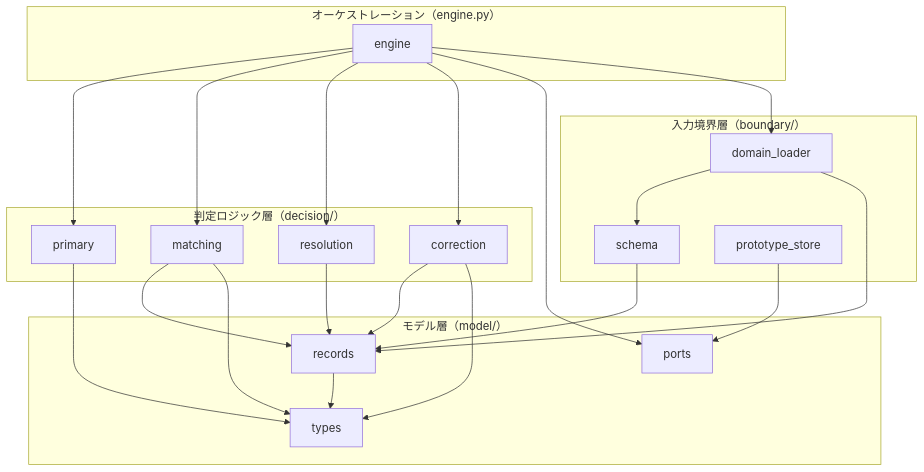
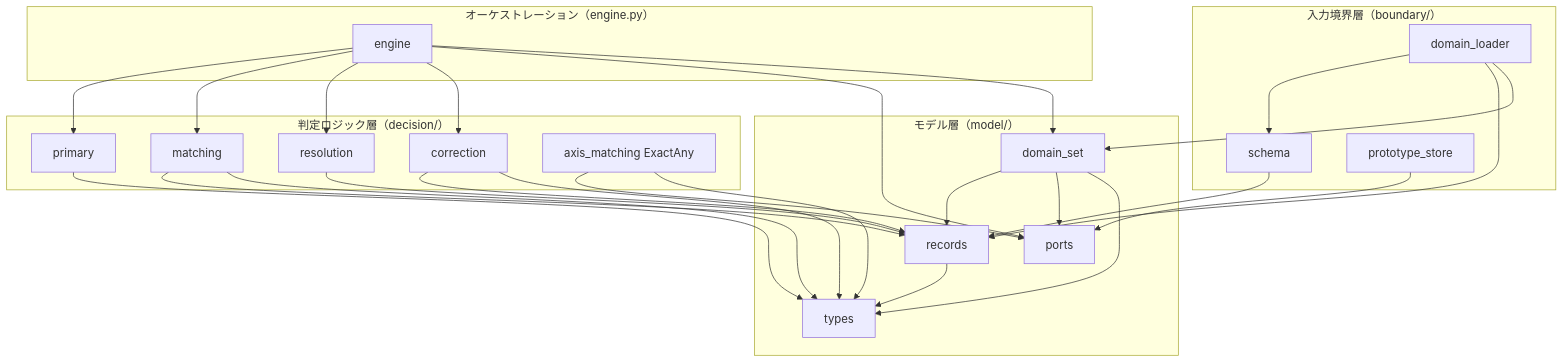
Before and after one commit to BFAI-Semicon/Go-Tech_1-3_SSL_Anomaly_Detection: the first of 2 diagrams in .kiro/specs/promptable-correction-layer/design.md, drawn with Mermaid. The commit also changed other lines of this file and 1 other file, not shown here.

````diff
--- a/.kiro/specs/promptable-correction-layer/design.md
+++ b/.kiro/specs/promptable-correction-layer/design.md
@@ -67,39 +68,47 @@
 ```mermaid
 graph TB
     subgraph orchestration[オーケストレーション（engine.py）]
         Engine[engine]
     end
     subgraph decision[判定ロジック層（decision/）]
         Primary[primary]
         Matching[matching]
         Resolution[resolution]
         Correction[correction]
+        AxisExact[axis_matching ExactAny]
     end
     subgraph boundary[入力境界層（boundary/）]
         Loader[domain_loader]
         Schema[schema]
         Store[prototype_store]
     end
     subgraph model[モデル層（model/）]
         Records[records]
         Types[types]
         Ports[ports]
+        DomainSetNode[domain_set]
     end
     Engine --> Primary
     Engine --> Matching
     Engine --> Resolution
     Engine --> Correction
     Engine --> Ports
-    Engine --> Loader
+    Engine --> DomainSetNode
     Loader --> Schema
     Loader --> Records
+    Loader --> DomainSetNode
     Schema --> Records
     Primary --> Types
     Matching --> Records
     Matching --> Types
     Resolution --> Records
     Correction --> Records
     Correction --> Types
+    AxisExact --> Ports
+    AxisExact --> Types
     Records --> Types
+    DomainSetNode --> Records
+    DomainSetNode --> Ports
+    DomainSetNode --> Types
     Store --> Ports
 ```
````
